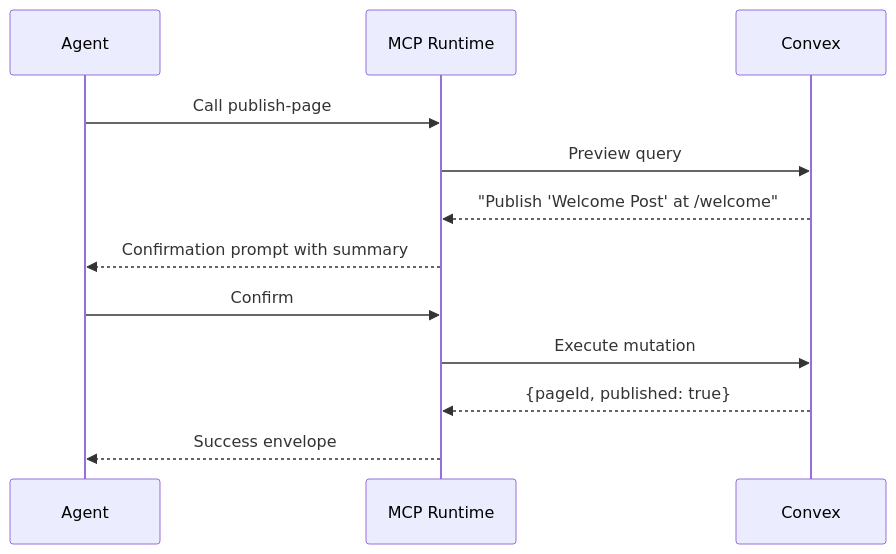
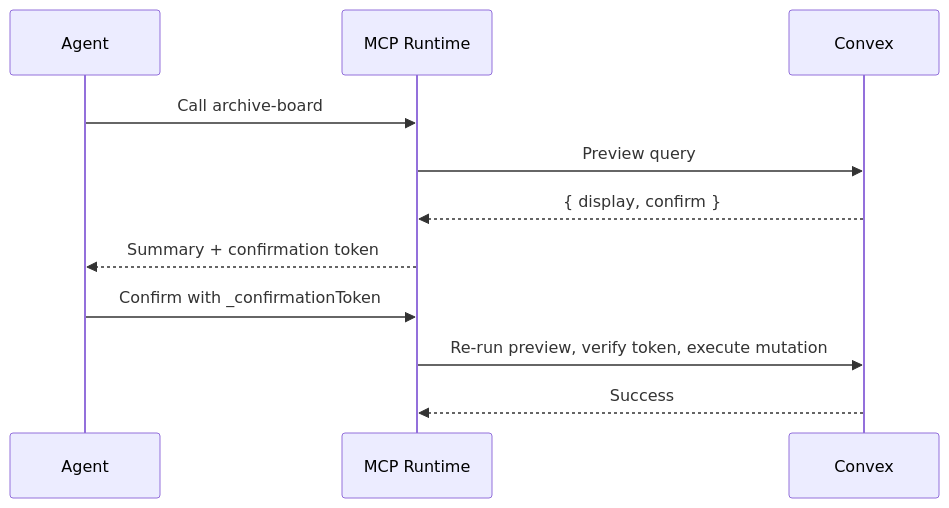
One commit to lupinum-dev/better-convex-nuxt changed the diagram in docs/content/docs/13.mcp-tools/4.safety-and-confirmation.md. Above: the diagram before and after it, drawn with Mermaid. The commit also changed other lines of this file and 38 other files, not shown here.

First line of the commit message:
feat: introduce operation metadata and confirmation token handling

````diff
--- a/docs/content/docs/13.mcp-tools/4.safety-and-confirmation.md
+++ b/docs/content/docs/13.mcp-tools/4.safety-and-confirmation.md
@@ -12,15 +12,14 @@
 ```mermaid
 sequenceDiagram
     participant Agent
     participant MCP as MCP Runtime
     participant Convex
 
-    Agent->>MCP: Call publish-page
+    Agent->>MCP: Call archive-board
     MCP->>Convex: Preview query
-    Convex-->>MCP: "Publish 'Welcome Post' at /welcome"
-    MCP-->>Agent: Confirmation prompt with summary
-    Agent->>MCP: Confirm
-    MCP->>Convex: Execute mutation
-    Convex-->>MCP: {pageId, published: true}
-    MCP-->>Agent: Success envelope
+    Convex-->>MCP: { display, confirm }
+    MCP-->>Agent: Summary + confirmation token
+    Agent->>MCP: Confirm with _confirmationToken
+    MCP->>Convex: Re-run preview, verify token, execute mutation
+    Convex-->>MCP: Success
 ```
````
